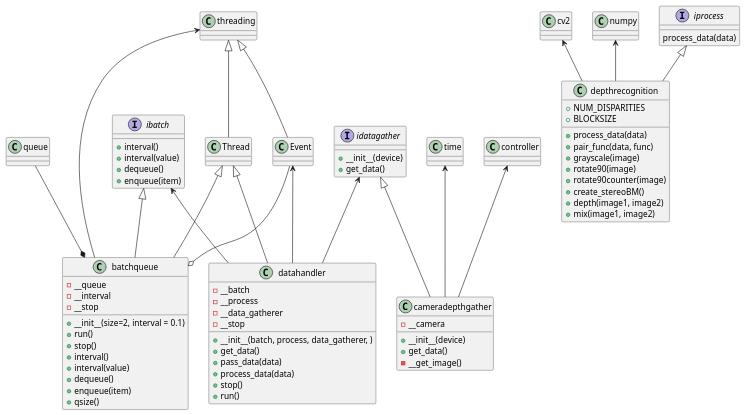
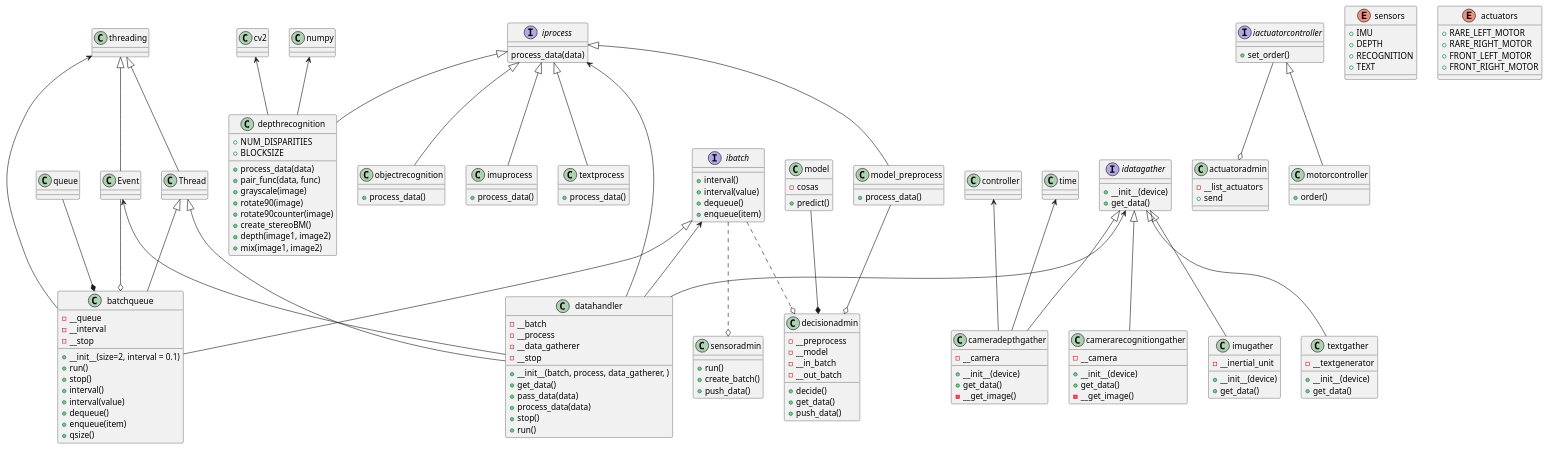
The diagram in Diagrams/Class_Diagram.puml (Esk1z0/my_webots_project), drawn with PlantUML before and after one commit.

Commit message:
more or less the whole class diagram

```diff
--- a/Diagrams/Class_Diagram.puml
+++ b/Diagrams/Class_Diagram.puml
@@ -1,95 +1,187 @@
 @startuml
 'https://plantuml.com/class-diagram
 
 class Thread
 class threading
 class queue
 class Event
 class cv2
 class numpy
 class time
 class controller
 
 Thread <|-- batchqueue
 threading <|-- Thread
 threading <-- batchqueue
 queue --* batchqueue
 threading <|-- Event
 Event --o batchqueue
 iprocess <|-- depthrecognition
 cv2 <-- depthrecognition
 numpy <-- depthrecognition
 idatagather <|-- cameradepthgather
 time <-- cameradepthgather
 controller <-- cameradepthgather
 ibatch <|-- batchqueue
 ibatch <-- datahandler
 idatagather <-- datahandler
 Event <-- datahandler
 Thread <|-- datahandler
-
+idatagather <|-- camerarecognitiongather
+iprocess <|-- objectrecognition
+idatagather <|-- imugather
+iprocess <|-- imuprocess
+idatagather <|-- textgather
+iprocess <|-- textprocess
+ibatch ..o sensoradmin
+ibatch ..o decisionadmin
+model --* decisionadmin
+model_preprocess --o decisionadmin
+iprocess <-- datahandler
 interface iprocess{
     process_data(data)
 }
 
 class depthrecognition{
     +NUM_DISPARITIES
     +BLOCKSIZE
     +process_data(data)
     +pair_func(data, func)
     +grayscale(image)
     +rotate90(image)
     +rotate90counter(image)
     +create_stereoBM()
     +depth(image1, image2)
     +mix(image1, image2)
 }
 
 interface idatagather{
     +__init__(device)
     +get_data()
 }
 
 class cameradepthgather{
     -__camera
     +__init__(device)
     +get_data()
     -__get_image()
 }
 
 interface ibatch{
     +interval()
     +interval(value)
     +dequeue()
     +enqueue(item)
 }
 
 class batchqueue{
     -__queue
     -__interval
     -__stop
     +__init__(size=2, interval = 0.1)
     +run()
     +stop()
     +interval()
     +interval(value)
     +dequeue()
     +enqueue(item)
     +qsize()
 }
 
 class datahandler{
     -__batch
     -__process
     -__data_gatherer
     -__stop
     +__init__(batch, process, data_gatherer, )
     +get_data()
     +pass_data(data)
     +process_data(data)
     +stop()
     +run()
 }
 
+class camerarecognitiongather{
+    -__camera
+    +__init__(device)
+    +get_data()
+    -__get_image()
+    }
 
+class objectrecognition{
+    +process_data()
+    }
+
+class imugather{
+    -__inertial_unit
+    +__init__(device)
+    +get_data()
+}
+
+class imuprocess{
+    +process_data()
+}
+
+class textgather{
+    -__textgenerator
+    +__init__(device)
+    +get_data()
+}
+
+class textprocess{
+    +process_data()
+}
+
+class sensoradmin{
+    +run()
+    +create_batch()
+    +push_data()
+}
+
+class decisionadmin{
+    -__preprocess
+    -__model
+    -__in_batch
+    -__out_batch
+    +decide()
+    +get_data()
+    +push_data()
+}
+
+class model{
+    -cosas
+    +predict()
+}
+
+class model_preprocess{
+    +process_data()
+}
+
+class actuatoradmin{
+    -__list_actuators
+    +send
+}
+iprocess <|--model_preprocess
+iactuatorcontroller --o actuatoradmin
+iactuatorcontroller <|-- motorcontroller
+interface iactuatorcontroller{
+    +set_order()
+}
+
+class motorcontroller{
+    +order()
+}
+
+enum sensors{
+    +IMU
+    +DEPTH
+    +RECOGNITION
+    +TEXT
+}
+enum actuators{
+    +RARE_LEFT_MOTOR
+    +RARE_RIGHT_MOTOR
+    +FRONT_LEFT_MOTOR
+    +FRONT_RIGHT_MOTOR
+}
 @enduml
```
